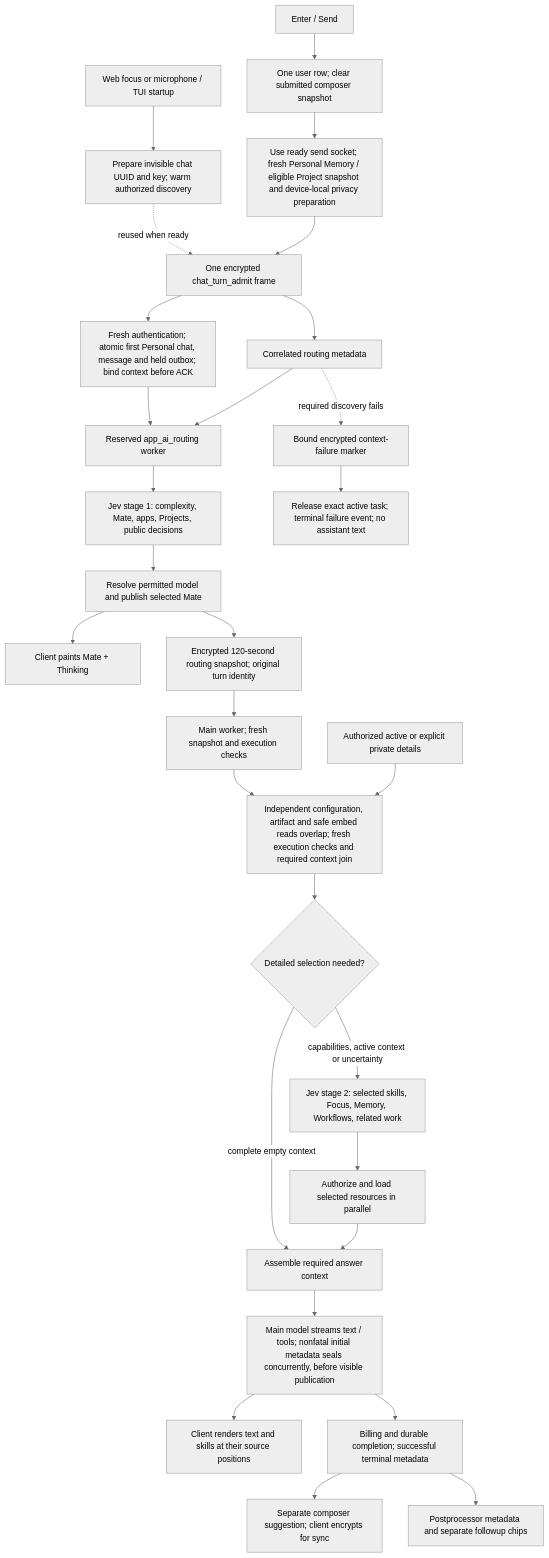
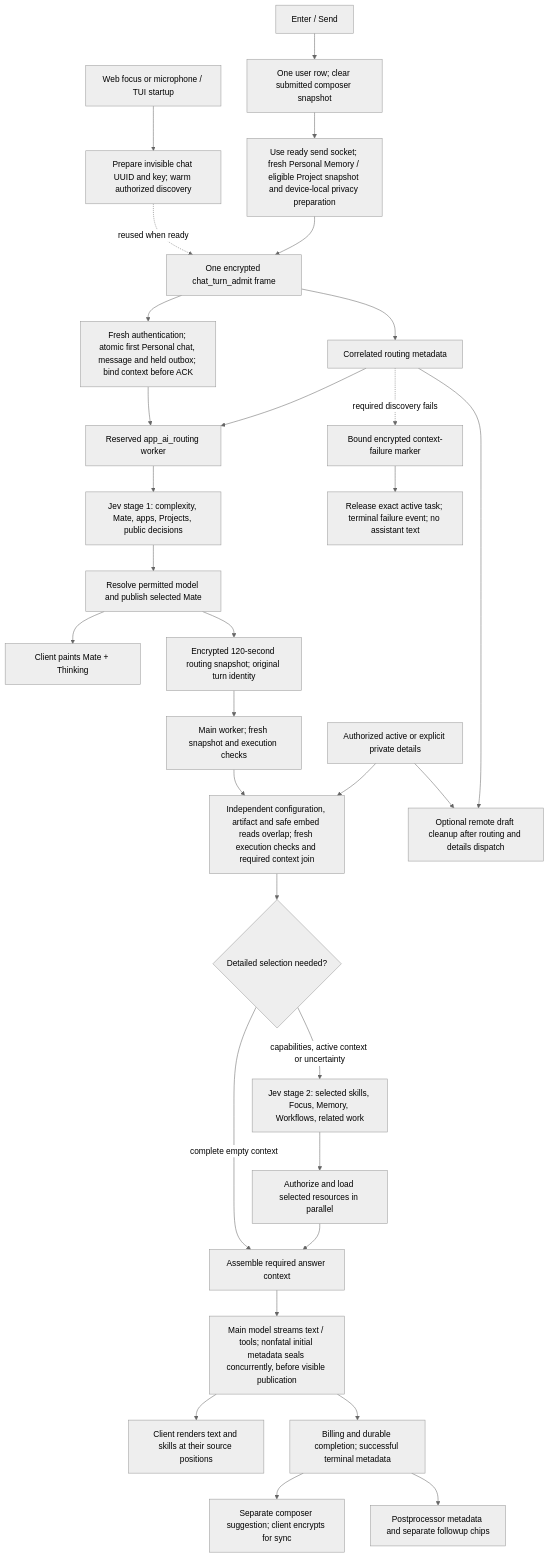
The first of 10 diagrams in docs/plans/chat-latency-improvements/implemented-flow.md (glowingkitty/OpenMates), drawn with Mermaid (neutral theme) before and after one commit. The commit also changed other lines of this file and 21 other files, not shown here.

````diff
--- a/docs/plans/chat-latency-improvements/implemented-flow.md
+++ b/docs/plans/chat-latency-improvements/implemented-flow.md
@@ -7,31 +22,33 @@
 ```mermaid
 flowchart TD
   Focus[Web focus or microphone / TUI startup] --> Prepare[Prepare invisible chat UUID and key; warm authorized discovery]
   Send[Enter / Send] --> Optimistic[One user row; clear submitted composer snapshot]
   Optimistic --> Fresh[Use ready send socket; fresh Personal Memory / eligible Project snapshot and device-local privacy preparation]
   Fresh --> Admit[One encrypted chat_turn_admit frame]
   Admit --> Durable[Fresh authentication; atomic first Personal chat, message and held outbox; bind context before ACK]
   Prepare -. reused when ready .-> Admit
   Durable --> Router[Reserved app_ai_routing worker]
   Admit --> Headers[Correlated routing metadata]
   Headers --> Router
   Headers -. required discovery fails .-> Failure[Bound encrypted context-failure marker]
   Failure --> End[Release exact active task; terminal failure event; no assistant text]
   Router --> Stage1[Jev stage 1: complexity, Mate, apps, Projects, public decisions]
   Stage1 --> Resolve[Resolve permitted model and publish selected Mate]
   Resolve --> Paint[Client paints Mate + Thinking]
   Resolve --> Handoff[Encrypted 120-second routing snapshot; original turn identity]
   Handoff --> MainQueue[Main worker; fresh snapshot and execution checks]
   MainQueue --> Complete[Independent configuration, artifact and safe embed reads overlap; fresh execution checks and required context join]
   Complete --> Need{Detailed selection needed?}
   Need -- complete empty context --> Minimal[Assemble required answer context]
   Need -- capabilities, active context or uncertainty --> Stage2[Jev stage 2: selected skills, Focus, Memory, Workflows, related work]
   Details[Authorized active or explicit private details] --> Complete
+  Headers --> Cleanup[Optional remote draft cleanup after routing and details dispatch]
+  Details --> Cleanup
   Stage2 --> Hydrate[Authorize and load selected resources in parallel]
   Hydrate --> Minimal
   Minimal --> Main[Main model streams text / tools; nonfatal initial metadata seals concurrently, before visible publication]
   Main --> Output[Client renders text and skills at their source positions]
   Main --> Final[Billing and durable completion; successful terminal metadata]
   Final --> Ghost[Separate composer suggestion; client encrypts for sync]
   Final --> Post[Postprocessor metadata and separate followup chips]
 ```
````
